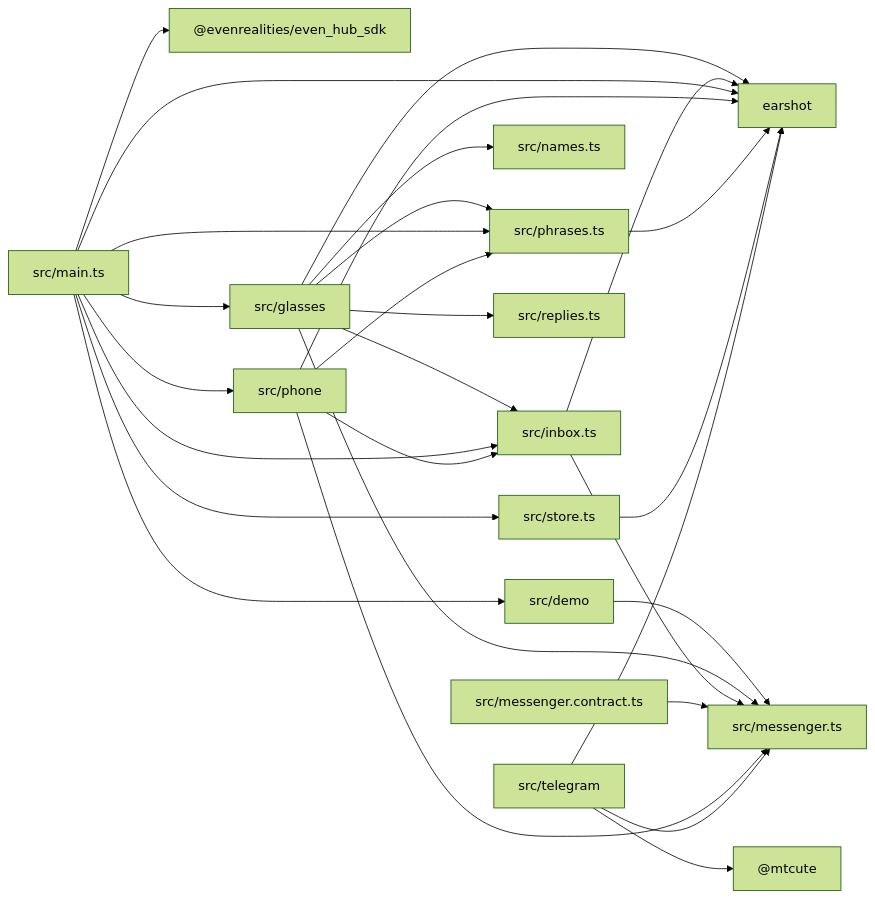
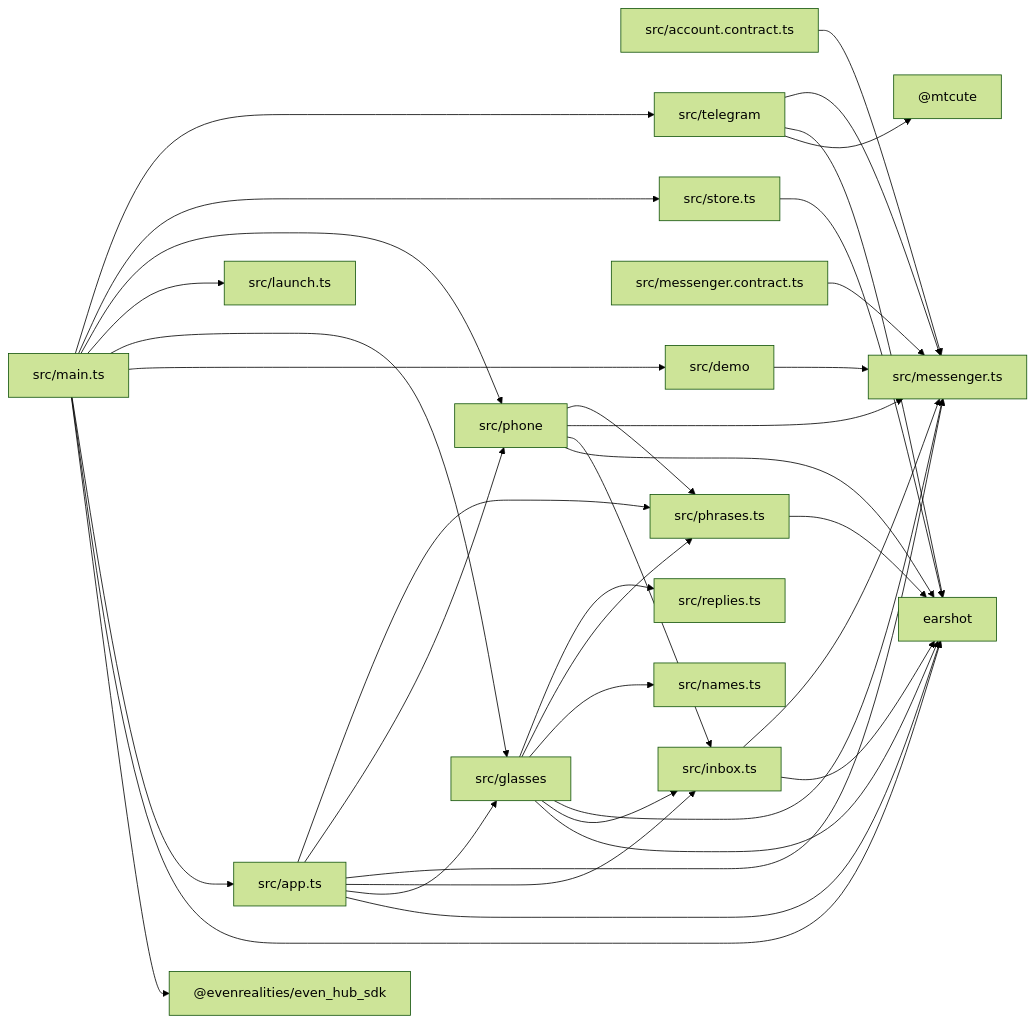
Before and after one commit to jarekbird/paper-plane: the second of 2 diagrams in docs/architecture.md, drawn with Mermaid (forest theme). The commit also changed 54 other files, not shown here.

First line of the commit message:
Sign in on the phone: number, code, password, and the account the glasses show (#5)

````diff
--- a/docs/architecture.md
+++ b/docs/architecture.md
@@ -67,45 +67,56 @@
 ```mermaid
 flowchart LR
   _evenrealities_even_hub_sdk["@evenrealities/even_hub_sdk"]
   _mtcute["@mtcute"]
   earshot["earshot"]
+  src_account_contract_ts["src/account.contract.ts"]
+  src_app_ts["src/app.ts"]
   src_demo["src/demo"]
   src_glasses["src/glasses"]
   src_inbox_ts["src/inbox.ts"]
+  src_launch_ts["src/launch.ts"]
   src_main_ts["src/main.ts"]
   src_messenger_contract_ts["src/messenger.contract.ts"]
   src_messenger_ts["src/messenger.ts"]
   src_names_ts["src/names.ts"]
   src_phone["src/phone"]
   src_phrases_ts["src/phrases.ts"]
   src_replies_ts["src/replies.ts"]
   src_store_ts["src/store.ts"]
   src_telegram["src/telegram"]
+  src_account_contract_ts --> src_messenger_ts
+  src_app_ts --> earshot
+  src_app_ts --> src_glasses
+  src_app_ts --> src_inbox_ts
+  src_app_ts --> src_messenger_ts
+  src_app_ts --> src_phone
+  src_app_ts --> src_phrases_ts
   src_demo --> src_messenger_ts
   src_glasses --> earshot
   src_glasses --> src_inbox_ts
   src_glasses --> src_messenger_ts
   src_glasses --> src_names_ts
   src_glasses --> src_phrases_ts
   src_glasses --> src_replies_ts
   src_inbox_ts --> earshot
   src_inbox_ts --> src_messenger_ts
   src_main_ts --> _evenrealities_even_hub_sdk
   src_main_ts --> earshot
+  src_main_ts --> src_app_ts
   src_main_ts --> src_demo
   src_main_ts --> src_glasses
-  src_main_ts --> src_inbox_ts
+  src_main_ts --> src_launch_ts
   src_main_ts --> src_phone
-  src_main_ts --> src_phrases_ts
   src_main_ts --> src_store_ts
+  src_main_ts --> src_telegram
   src_messenger_contract_ts --> src_messenger_ts
   src_phone --> earshot
   src_phone --> src_inbox_ts
   src_phone --> src_messenger_ts
   src_phone --> src_phrases_ts
   src_phrases_ts --> earshot
   src_store_ts --> earshot
   src_telegram --> _mtcute
   src_telegram --> earshot
   src_telegram --> src_messenger_ts
 ```
````
